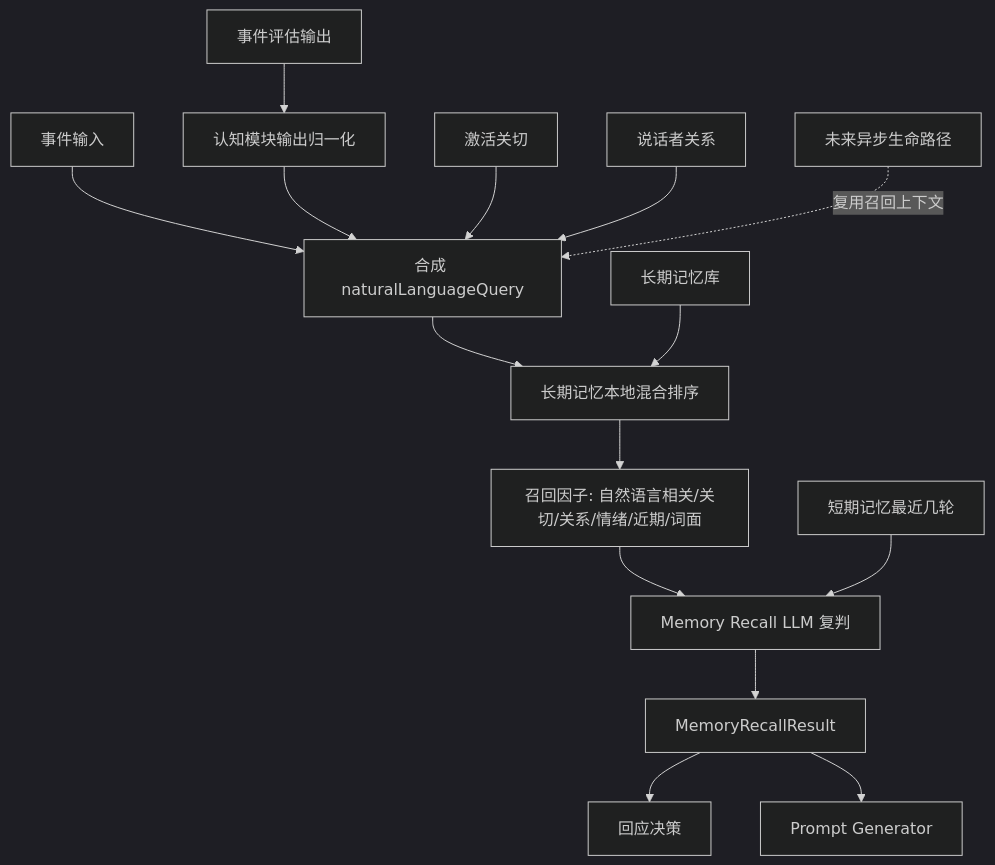
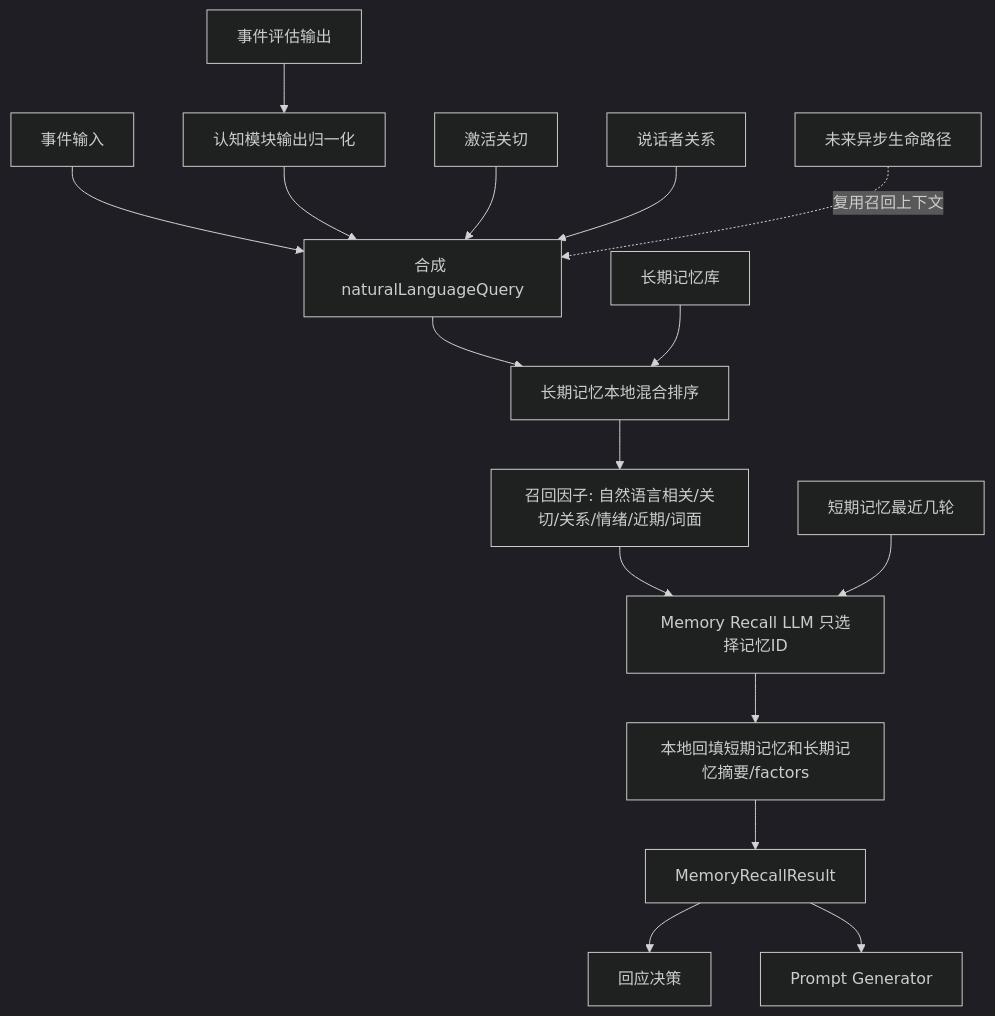
Before and after one commit to ttmanthatman/virtual-human-flow: the sixth of 31 diagrams in docs/SYSTEM_FLOW.md, drawn with Mermaid (dark theme). The commit also changed other lines of this file and 6 other files, not shown here.

Commit message:
fix: keep memory recall output compact

````diff
--- a/docs/SYSTEM_FLOW.md
+++ b/docs/SYSTEM_FLOW.md
@@ -155,17 +155,18 @@
 ```mermaid
 flowchart TD
     E[事件输入] --> Q[合成 naturalLanguageQuery]
     A[事件评估输出] --> N[认知模块输出归一化]
     N --> Q
     C[激活关切] --> Q
     R[说话者关系] --> Q
     Q --> S[长期记忆本地混合排序]
     L[长期记忆库] --> S
     S --> F[召回因子: 自然语言相关/关切/关系/情绪/近期/词面]
-    F --> M[Memory Recall LLM 复判]
+    F --> M[Memory Recall LLM 只选择记忆ID]
     B[短期记忆最近几轮] --> M
-    M --> O[MemoryRecallResult]
+    M --> H[本地回填短期记忆和长期记忆摘要/factors]
+    H --> O[MemoryRecallResult]
     O --> D[回应决策]
     O --> P[Prompt Generator]
     X[未来异步生命路径] -. 复用召回上下文 .-> Q
 ```
````
